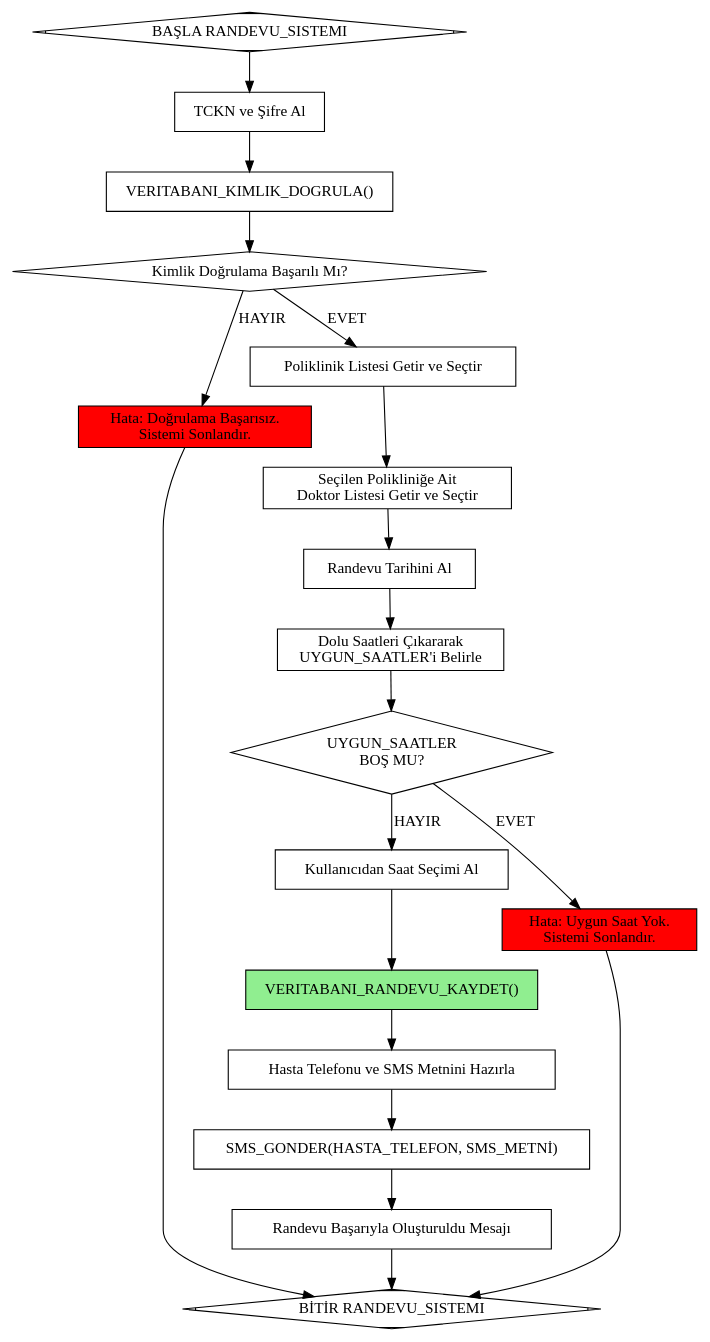
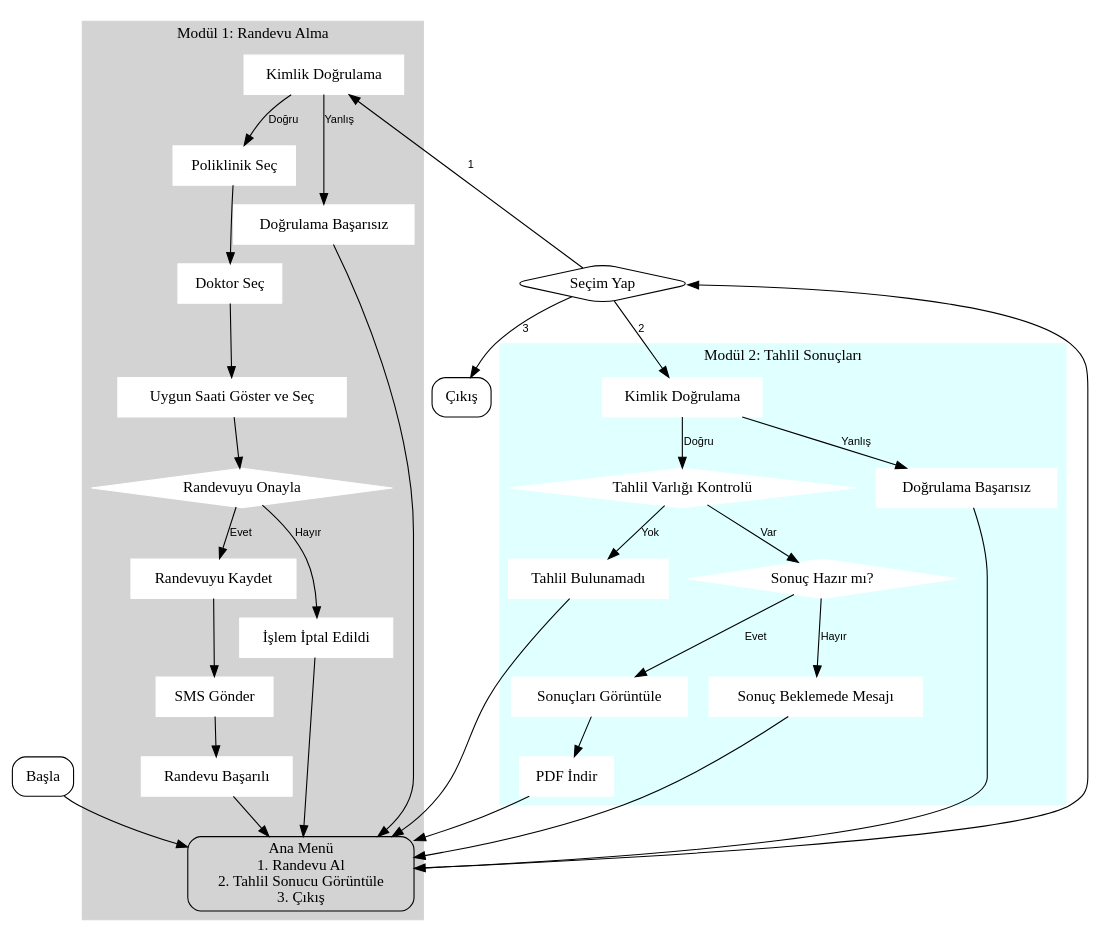
One commit to FiratUniversity-FerhatUcarsLAB/hafta-02-flowcharts-firatseckin changed the diagram in TASK-3/flowchart.dot. Above: the diagram before and after it, drawn with Graphviz.

Commit message:
flowchart.dot

```diff
--- a/TASK-3/flowchart.dot
+++ b/TASK-3/flowchart.dot
@@ -1,65 +1,82 @@
-digraph RANDEVU_SISTEMI_FLOW {
+digraph HastaneSistemi {
+    // Grafik ayarları
     rankdir=TB;
-    node [shape=box];
-    
-    // Node Tanımlamaları
-    start [label="BAŞLA RANDEVU_SISTEMI", shape=Mdiamond];
-    
-    // 1. Kimlik Doğrulama
-    islem1_input [label="TCKN ve Şifre Al", shape=box];
-    islem1_dogrula [label="VERITABANI_KIMLIK_DOGRULA()", shape=box];
-    karar1 [label="Kimlik Doğrulama Başarılı Mı?", shape=diamond];
-    islem1_hata [label="Hata: Doğrulama Başarısız.\nSistemi Sonlandır.", shape=box, style=filled, fillcolor=red];
-    
-    // 2. Poliklinik Seçimi
-    islem2_poliklinik [label="Poliklinik Listesi Getir ve Seçtir", shape=box];
-    
-    // 3. Doktor Listesi Görüntüleme
-    islem3_doktor [label="Seçilen Polikliniğe Ait\nDoktor Listesi Getir ve Seçtir", shape=box];
-    
-    // 4. Uygun Saatleri Gösterme
-    islem4_tarih_al [label="Randevu Tarihini Al", shape=box];
-    islem4_saat_hesapla [label="Dolu Saatleri Çıkararak\nUYGUN_SAATLER'i Belirle", shape=box];
-    karar4 [label="UYGUN_SAATLER\nBOŞ MU?", shape=diamond];
-    islem4_saat_sec [label="Kullanıcıdan Saat Seçimi Al", shape=box];
-    islem4_saat_yok [label="Hata: Uygun Saat Yok.\nSistemi Sonlandır.", shape=box, style=filled, fillcolor=red];
+    node [shape=box, style=rounded];
+    edge [fontname="Helvetica", fontsize=10];
 
-    // 5. Randevu Onaylama ve Kayıt
-    islem5_kaydet [label="VERITABANI_RANDEVU_KAYDET()", shape=box, style=filled, fillcolor=lightgreen];
-    
-    // 6. SMS Gönderme
-    islem6_sms_hazirla [label="Hasta Telefonu ve SMS Metnini Hazırla", shape=box];
-    islem6_sms_gonder [label="SMS_GONDER(HASTA_TELEFON, SMS_METNİ)", shape=box];
-    
-    // 7. Sistem Bitişi
-    islem7_son [label="Randevu Başarıyla Oluşturuldu Mesajı", shape=box];
-    end [label="BİTİR RANDEVU_SISTEMI", shape=Mdiamond];
+    // Ana Menü Düğümleri
+    Start [label="Başla"];
+    AnaMenu [label="Ana Menü\n1. Randevu Al\n2. Tahlil Sonucu Görüntüle\n3. Çıkış"];
+    Secim [label="Seçim Yap", shape=diamond];
+    Cikis [label="Çıkış"];
 
-    // Akış Bağlantıları
-    start -> islem1_input;
-    islem1_input -> islem1_dogrula;
-    islem1_dogrula -> karar1;
-    
-    // 1. Karar (Kimlik Doğrulama)
-    karar1 -> islem2_poliklinik [label="EVET"];
-    karar1 -> islem1_hata [label="HAYIR"];
-    islem1_hata -> end;
-    
-    // 2-3. Poliklinik ve Doktor
-    islem2_poliklinik -> islem3_doktor;
-    
-    // 4. Karar (Saat Kontrolü)
-    islem3_doktor -> islem4_tarih_al;
-    islem4_tarih_al -> islem4_saat_hesapla;
-    islem4_saat_hesapla -> karar4;
-    karar4 -> islem4_saat_sec [label="HAYIR"]; // Saat boş değilse seçime geç
-    karar4 -> islem4_saat_yok [label="EVET"]; // Saat boş ise sonlandır
-    islem4_saat_yok -> end;
-    
-    // 5-6-7. Kayıt ve Sonlandırma
-    islem4_saat_sec -> islem5_kaydet;
-    islem5_kaydet -> islem6_sms_hazirla;
-    islem6_sms_hazirla -> islem6_sms_gonder;
-    islem6_sms_gonder -> islem7_son;
-    islem7_son -> end;
+    // Ana Akış
+    Start -> AnaMenu;
+    AnaMenu -> Secim;
+    Secim -> Cikis [label="3"];
+
+    // Modül 1: Randevu Alma (Subgraph)
+    subgraph cluster_randevu {
+        label = "Modül 1: Randevu Alma";
+        style=filled;
+        color=lightgrey;
+        node [style=filled, color=white];
+
+        Randevu_Kimlik [label="Kimlik Doğrulama"];
+        Randevu_Poliklinik [label="Poliklinik Seç"];
+        Randevu_Doktor [label="Doktor Seç"];
+        Randevu_Saat [label="Uygun Saati Göster ve Seç"];
+        Randevu_Onay [label="Randevuyu Onayla", shape=diamond];
+        Randevu_Kayit [label="Randevuyu Kaydet"];
+        Randevu_SMS [label="SMS Gönder"];
+        Randevu_Basarili [label="Randevu Başarılı"];
+        Randevu_Iptal [label="İşlem İptal Edildi"];
+        Randevu_Hata [label="Doğrulama Başarısız"];
+
+        Randevu_Kimlik -> Randevu_Poliklinik [label="Doğru"];
+        Randevu_Kimlik -> Randevu_Hata [label="Yanlış"];
+        Randevu_Poliklinik -> Randevu_Doktor;
+        Randevu_Doktor -> Randevu_Saat;
+        Randevu_Saat -> Randevu_Onay;
+        Randevu_Onay -> Randevu_Kayit [label="Evet"];
+        Randevu_Onay -> Randevu_Iptal [label="Hayır"];
+        Randevu_Kayit -> Randevu_SMS;
+        Randevu_SMS -> Randevu_Basarili;
+        Randevu_Basarili -> AnaMenu;
+        Randevu_Iptal -> AnaMenu;
+        Randevu_Hata -> AnaMenu;
+    }
+
+    // Modül 2: Tahlil Sonuçları (Subgraph)
+    subgraph cluster_tahlil {
+        label = "Modül 2: Tahlil Sonuçları";
+        style=filled;
+        color=lightcyan;
+        node [style=filled, color=white];
+
+        Tahlil_Kimlik [label="Kimlik Doğrulama"];
+        Tahlil_Varlik [label="Tahlil Varlığı Kontrolü", shape=diamond];
+        Tahlil_SonucHazirMi [label="Sonuç Hazır mı?", shape=diamond];
+        Tahlil_Goruntule [label="Sonuçları Görüntüle"];
+        Tahlil_Indir [label="PDF İndir"];
+        Tahlil_Bekleme [label="Sonuç Beklemede Mesajı"];
+        Tahlil_Bulunamadi [label="Tahlil Bulunamadı"];
+        Tahlil_Hata [label="Doğrulama Başarısız"];
+
+        Tahlil_Kimlik -> Tahlil_Varlik [label="Doğru"];
+        Tahlil_Kimlik -> Tahlil_Hata [label="Yanlış"];
+        Tahlil_Varlik -> Tahlil_SonucHazirMi [label="Var"];
+        Tahlil_Varlik -> Tahlil_Bulunamadi [label="Yok"];
+        Tahlil_SonucHazirMi -> Tahlil_Goruntule [label="Evet"];
+        Tahlil_SonucHazirMi -> Tahlil_Bekleme [label="Hayır"];
+        Tahlil_Goruntule -> Tahlil_Indir;
+        Tahlil_Indir -> AnaMenu;
+        Tahlil_Bekleme -> AnaMenu;
+        Tahlil_Bulunamadi -> AnaMenu;
+        Tahlil_Hata -> AnaMenu;
+    }
+
+    // Ana menüden modüllere geçiş
+    Secim -> Randevu_Kimlik [label="1"];
+    Secim -> Tahlil_Kimlik [label="2"];
 }
```
